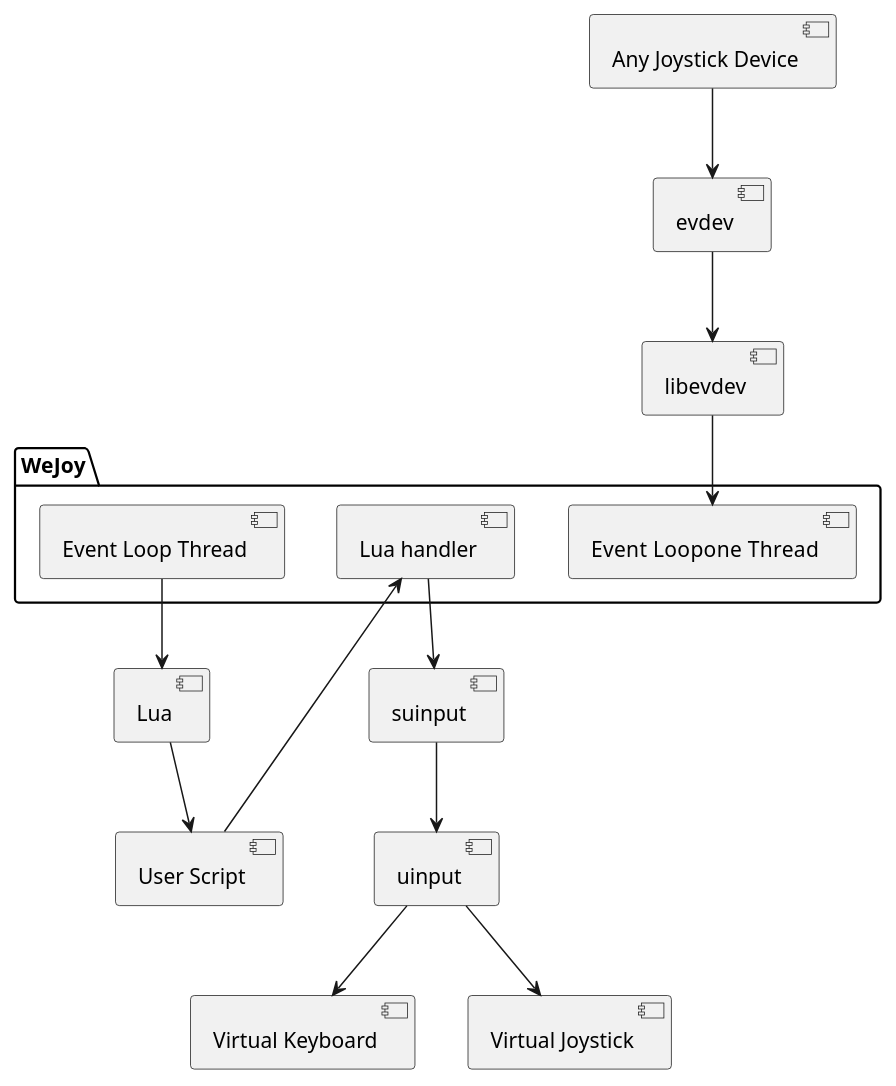
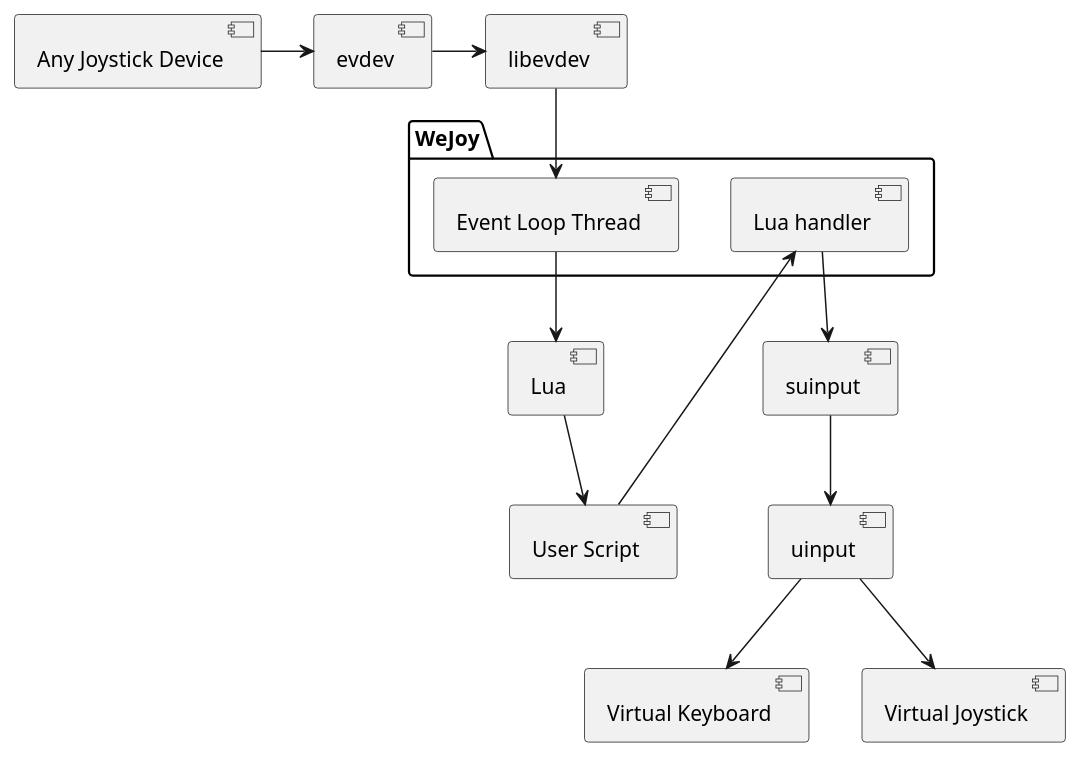
One commit to Vantskruv/wejoy changed the diagram in documentation/ChangedArchitectureDiagram.puml. Above: the diagram before and after it, drawn with PlantUML. The commit also changed 6 other files, not shown here.

```diff
--- a/documentation/ChangedArchitectureDiagram.puml
+++ b/documentation/ChangedArchitectureDiagram.puml
@@ -1,19 +1,19 @@
 @startuml
 [suinput]
 [uinput]
 [Lua]
-[Any Joystick Device] --> [evdev]
-[evdev] --> [libevdev]
+[Any Joystick Device] -> [evdev]
+[evdev] -> [libevdev]
 package "WeJoy" {
-    libevdev --> [Event Loopone  Thread]
+    libevdev --> [Event Loop Thread]
     [Event Loop Thread] --> Lua
     [Lua handler] --> [suinput]
 }
 Lua --> [User Script]
 [User Script] --> [Lua handler]
 suinput --> [uinput]
 [uinput] --> [Virtual Keyboard]
 [uinput] --> [Virtual Joystick]
 
 
 @enduml
```
